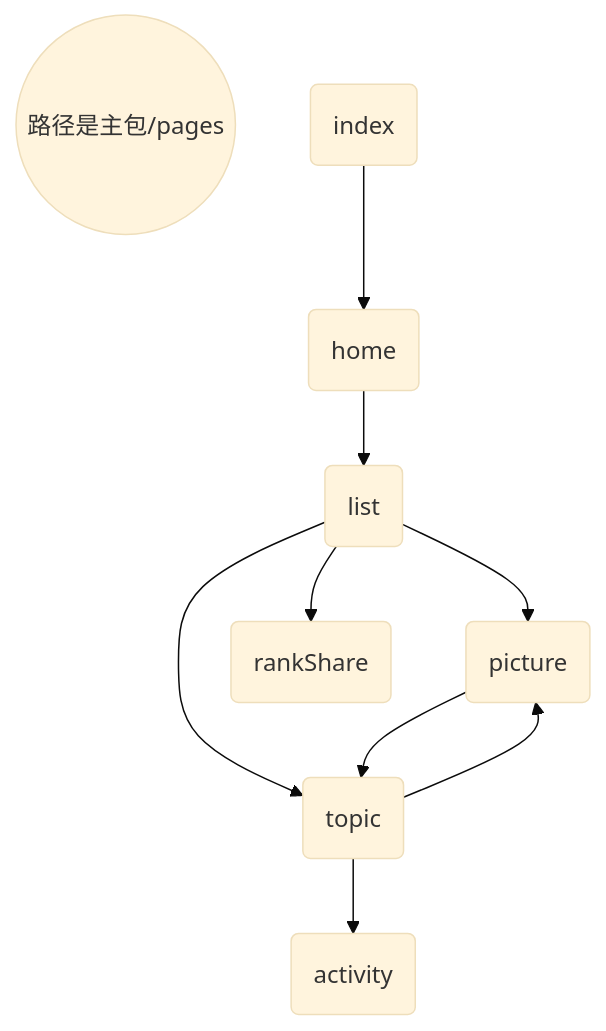
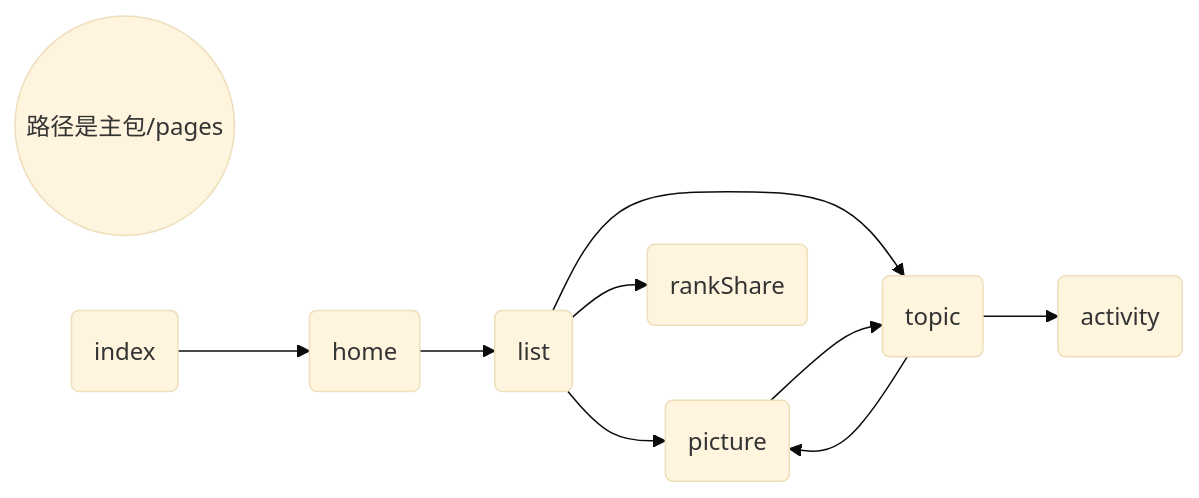
One commit to marx181855/notes changed the diagram in Project/work/中华白海豚_小程序/项目了解文档.md. Above: the diagram before and after it, drawn with Mermaid (base theme). The commit also changed other lines of this file and 36 other files, not shown here.

````diff
--- a/Project/work/中华白海豚_小程序/项目了解文档.md
+++ b/Project/work/中华白海豚_小程序/项目了解文档.md
@@ -3,13 +3,13 @@
 ```mermaid
-graph TD
+graph LR
 	页面路((路径是主包/pages))
 	
     index(index) --> home(home)
     home(home) --> list(list)
-    list(list) --> picture(picture)
-    list(list) --> topic(topic)
-    list(list) --> rankShare(rankShare)
-    picture(picture) --> topic(topic)
-    topic(topic) --> picture(picture)
-    topic(topic) --> activity(activity)
+    list --> picture(picture)
+    list --> topic(topic)
+    list --> rankShare(rankShare)
+    picture --> topic(topic)
+    topic --> picture(picture)
+    topic --> activity(activity)
 ```
````
